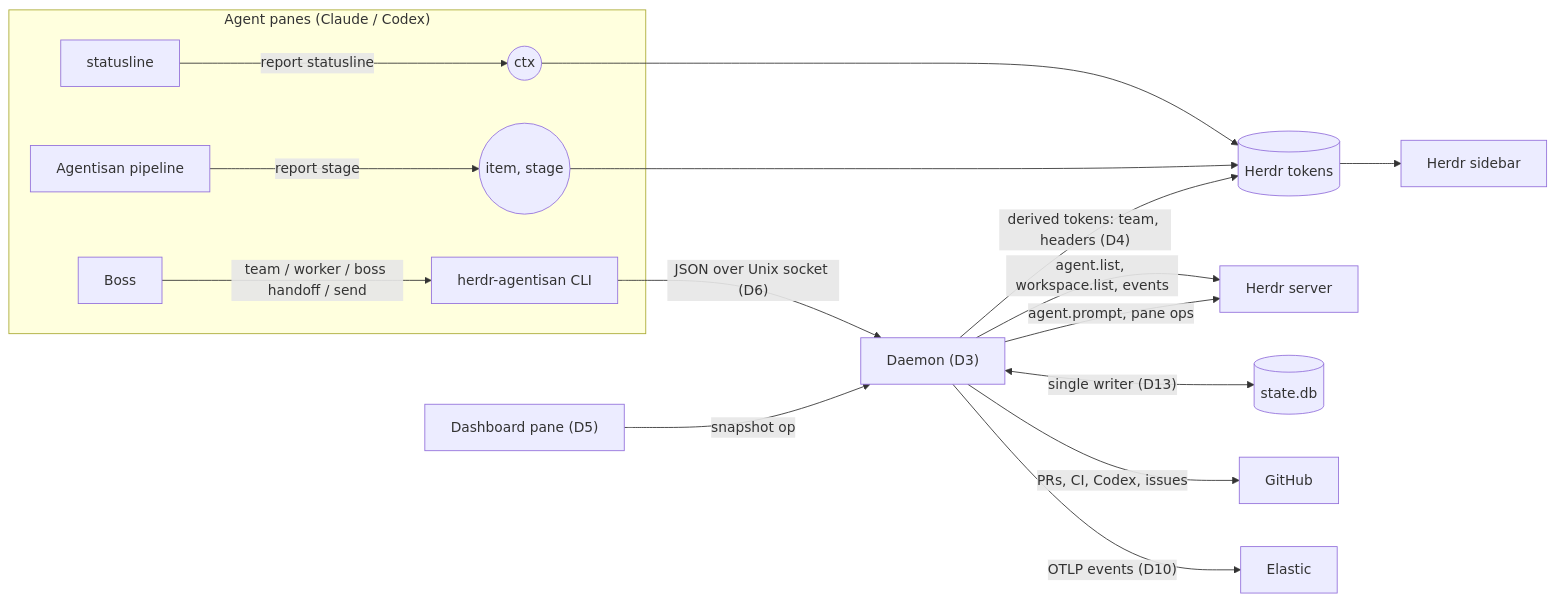
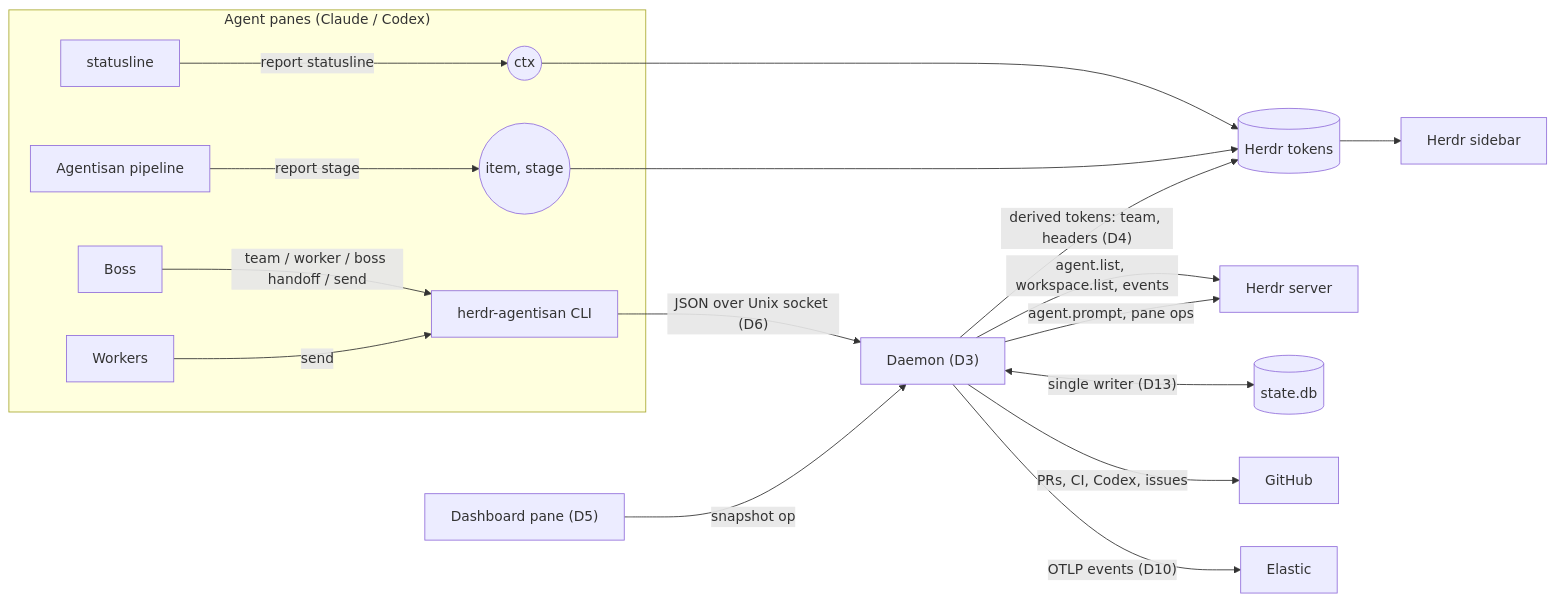
The diagram in docs/adr/0001-boss-led-workflow-plugin.md (abanna/herdr-agentisan), drawn with Mermaid before and after one commit. The commit also changed other lines of this file, not shown here.

````diff
--- a/docs/adr/0001-boss-led-workflow-plugin.md
+++ b/docs/adr/0001-boss-led-workflow-plugin.md
@@ -90,19 +90,20 @@
 ```mermaid
 flowchart LR
   subgraph Agents["Agent panes (Claude / Codex)"]
     SL["statusline"] -->|report statusline| R1(("ctx"))
     AG["Agentisan pipeline"] -->|report stage| R2(("item, stage"))
     BOSS["Boss"] -->|"team / worker / boss handoff / send"| CLI["herdr-agentisan CLI"]
+    WRK["Workers"] -->|"send"| CLI
   end
   R1 --> HT[("Herdr tokens")]
   R2 --> HT
   CLI -->|"JSON over Unix socket (D6)"| D["Daemon (D3)"]
   D -->|"agent.list, workspace.list, events"| H["Herdr server"]
   D -->|"derived tokens: team, headers (D4)"| HT
   D -->|"agent.prompt, pane ops"| H
   D <-->|"single writer (D13)"| DB[("state.db")]
   D -->|"PRs, CI, Codex, issues"| GH["GitHub"]
   D -->|"OTLP events (D10)"| EL["Elastic"]
   DASH["Dashboard pane (D5)"] -->|"snapshot op"| D
   HT --> SB["Herdr sidebar"]
 ```
````
